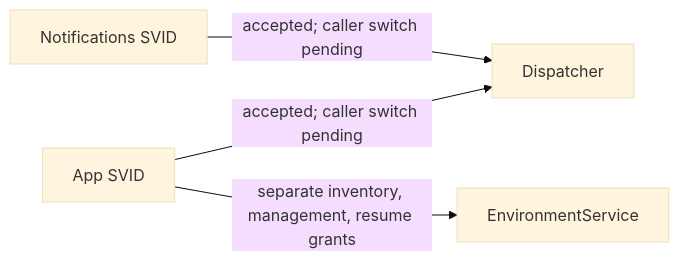
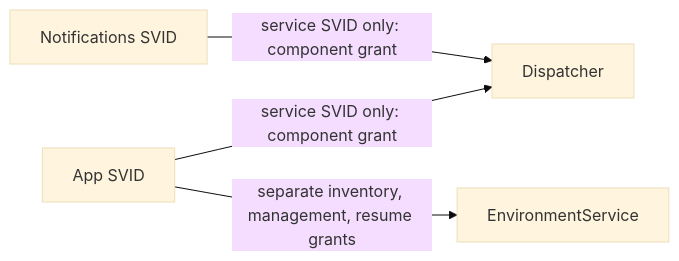
Before and after one commit to agentydragon/ducktape: diagram 16 of 18 in agentplane/docs/system_overview.md, drawn with Mermaid (base theme). The commit also changed other lines of this file and 52 other files, not shown here.

````diff
--- a/agentplane/docs/system_overview.md
+++ b/agentplane/docs/system_overview.md
@@ -830,6 +831,6 @@
 ```mermaid
 flowchart LR
-    app[App SVID] -->|accepted; caller switch pending| dispatcher[Dispatcher]
-    notifications[Notifications SVID] -->|accepted; caller switch pending| dispatcher
+    app[App SVID] -->|service SVID only: component grant| dispatcher[Dispatcher]
+    notifications[Notifications SVID] -->|service SVID only: component grant| dispatcher
     app -->|separate inventory, management, resume grants| environments[EnvironmentService]
 ```
````
